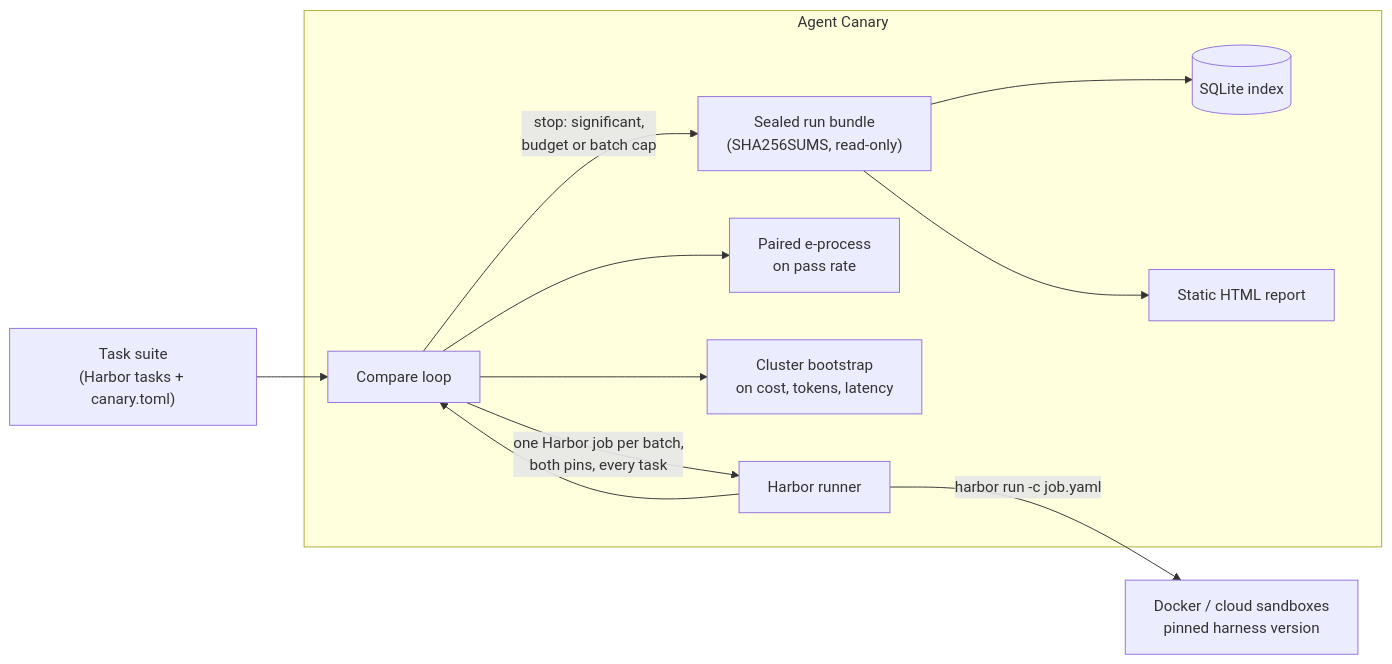
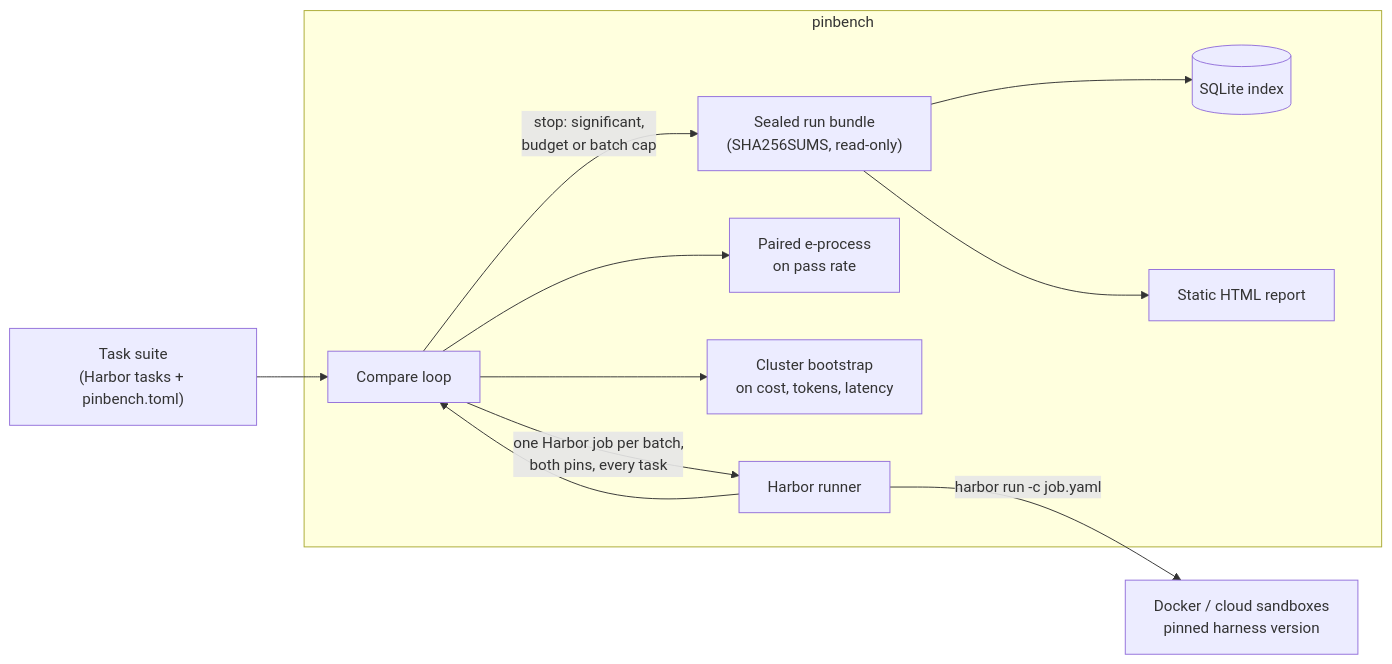
Before and after one commit to digitalinnovator/pinbench: the diagram in README.md, drawn with Mermaid. The commit also changed other lines of this file and 106 other files, not shown here.

````diff
--- a/README.md
+++ b/README.md
@@ -89,14 +89,14 @@
 ```mermaid
 flowchart LR
-    S["Task suite<br/>(Harbor tasks + canary.toml)"] --> O
-    subgraph canary["Agent Canary"]
+    S["Task suite<br/>(Harbor tasks + pinbench.toml)"] --> O
+    subgraph pinbench["pinbench"]
         O["Compare loop"] -->|"one Harbor job per batch,<br/>both pins, every task"| R["Harbor runner"]
         R --> O
         O --> T["Paired e-process<br/>on pass rate"]
         O --> B["Cluster bootstrap<br/>on cost, tokens, latency"]
         O -->|"stop: significant,<br/>budget or batch cap"| U["Sealed run bundle<br/>(SHA256SUMS, read-only)"]
         U --> I[("SQLite index")]
         U --> H["Static HTML report"]
     end
     R -->|"harbor run -c job.yaml"| X["Docker / cloud sandboxes<br/>pinned harness version"]
 ```
````
